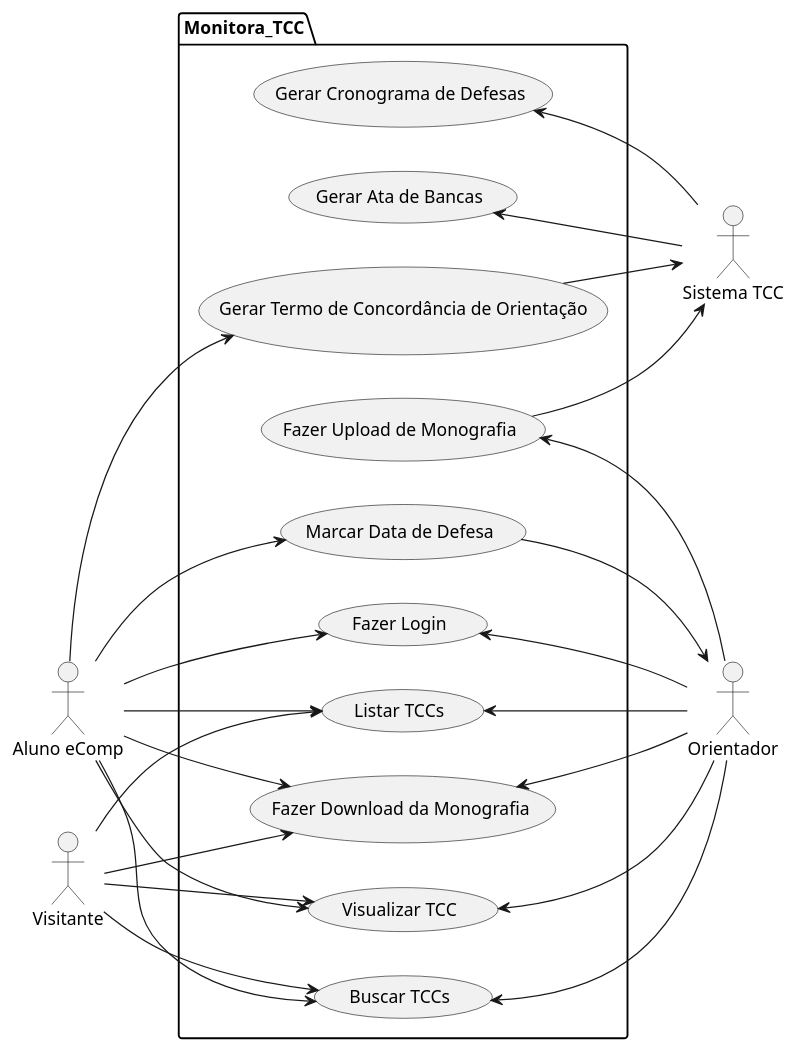
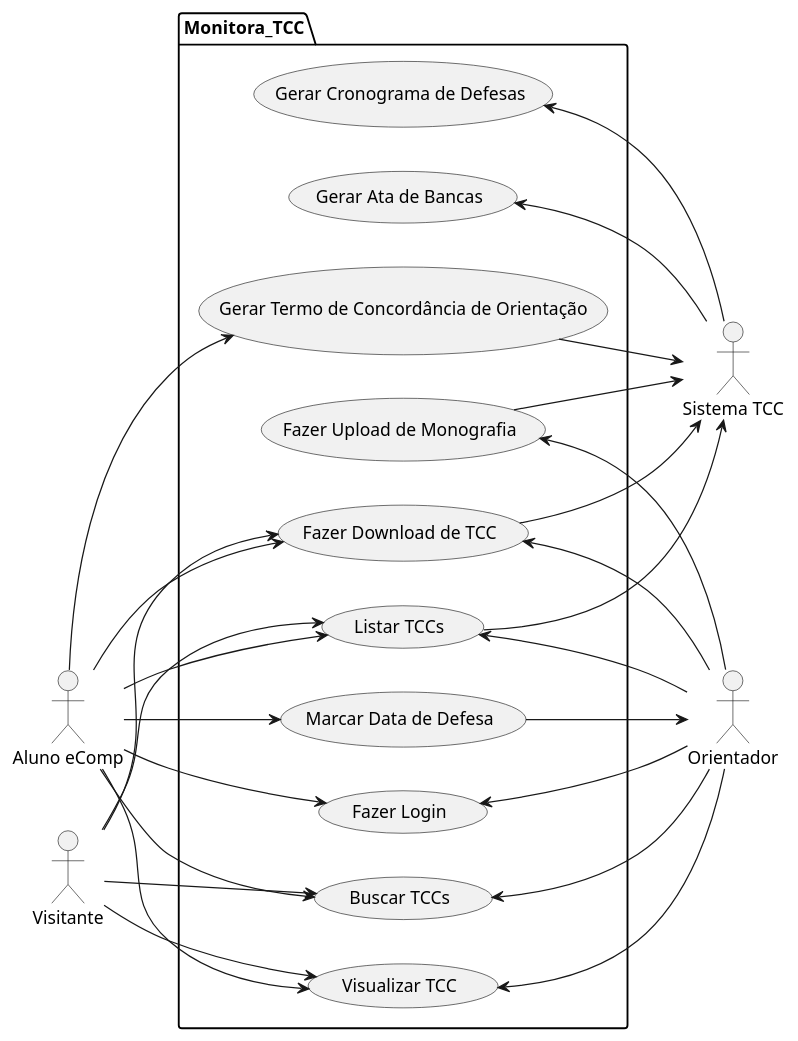
Before and after one commit to LMM-Eng-Software/Monitora-TCC: the diagram in casos.plantuml, drawn with PlantUML. The commit also changed 9 other files, not shown here.

```diff
--- a/casos.plantuml
+++ b/casos.plantuml
@@ -1,56 +1,58 @@
 @startuml casosdeuso
 left to right direction
 
 "Aluno eComp" as Aluno
 "Visitante" as Visit
 
 "Sistema TCC" as Sist
 "Orientador" as Prof
 
 
 package Monitora_TCC {
 "Visualizar TCC" as (Visualizar)
 "Listar TCCs" as (Listar)
 "Buscar TCCs" as (Buscar)
-"Fazer Download da Monografia" as (Download)
+"Fazer Download de TCC" as (Download)
 "Fazer Login" as (Login)
 "Marcar Data de Defesa" as (Data)
 "Fazer Upload de Monografia" as (Upload)
 "Gerar Ata de Bancas" as (Atas)
 "Gerar Cronograma de Defesas" as (Crono)
 "Gerar Termo de Concordância de Orientação" as (Termo)
 }
 
 :Prof: -up-> (Buscar)
 :Prof: -up-> (Visualizar)
 :Prof: -up-> (Download)
 
 :Prof: -up-> (Listar)
 
 :Prof: -up-> (Upload)
 (Upload) --> :Sist:
 
 :Visit: --> (Visualizar)
 :Aluno: --> (Visualizar)
 
 :Visit: --> (Listar)
 :Aluno: --> (Listar)
+(Listar) --> :Sist:
 
 :Visit: --> (Download)
 :Aluno: --> (Download)
+(Download) --> :Sist:
 
 :Visit: --> (Buscar)
 :Aluno: --> (Buscar)
 
 :Aluno: --> (Login)
 :Prof: -up-> (Login)
 
 :Aluno: --> (Data)
 (Data) --> :Prof:
 
 :Aluno: --> (Termo)
 (Termo) --> :Sist:
 
 :Sist: -up-> (Atas)
 :Sist: -up-> (Crono)
 @enduml
```
